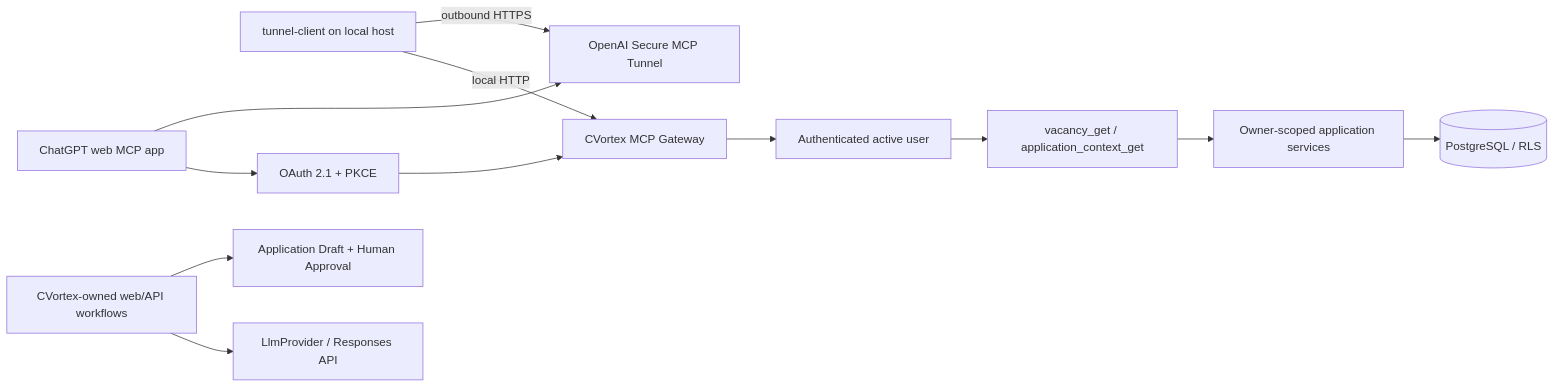
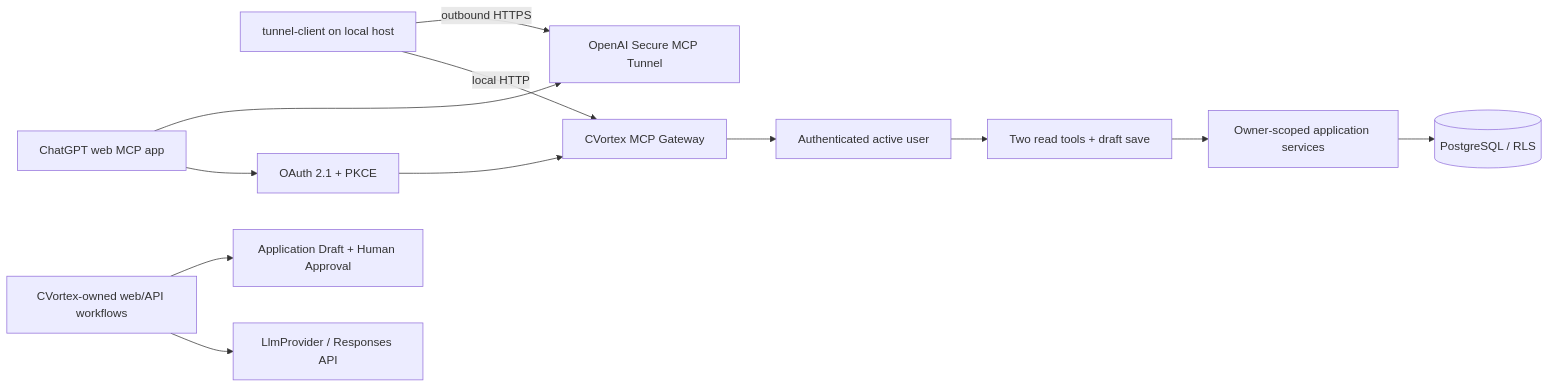
One commit to filatelist-hitech/CVortex changed the first of 2 diagrams in docs/02-Architecture/MCP-Gateway.md. Above: the diagram before and after it, drawn with Mermaid. The commit also changed other lines of this file and 73 other files, not shown here.

Commit message:
feat(chatgpt): add plan chat and vacancy draft saving

````diff
--- a/docs/02-Architecture/MCP-Gateway.md
+++ b/docs/02-Architecture/MCP-Gateway.md
@@ -22,14 +23,14 @@
 ```mermaid
 flowchart LR
     Client[ChatGPT web MCP app] --> Tunnel[OpenAI Secure MCP Tunnel]
     TunnelClient[tunnel-client on local host] -->|outbound HTTPS| Tunnel
     TunnelClient -->|local HTTP| Gateway[CVortex MCP Gateway]
     Client --> OAuth[OAuth 2.1 + PKCE]
     OAuth --> Gateway
     Gateway --> Auth[Authenticated active user]
-    Auth --> Tools[vacancy_get / application_context_get]
+    Auth --> Tools[Two read tools + draft save]
     Tools --> Adapter[Owner-scoped application services]
     Adapter --> RLS[(PostgreSQL / RLS)]
     CV[CVortex-owned web/API workflows] --> Draft[Application Draft + Human Approval]
     CV --> LLM[LlmProvider / Responses API]
 ```
````
